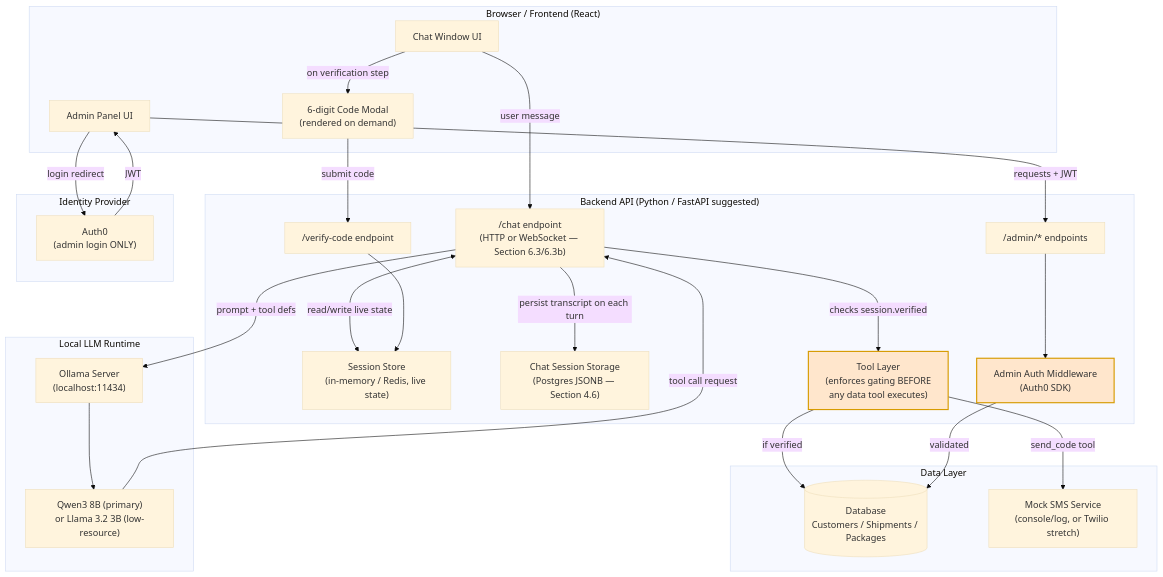
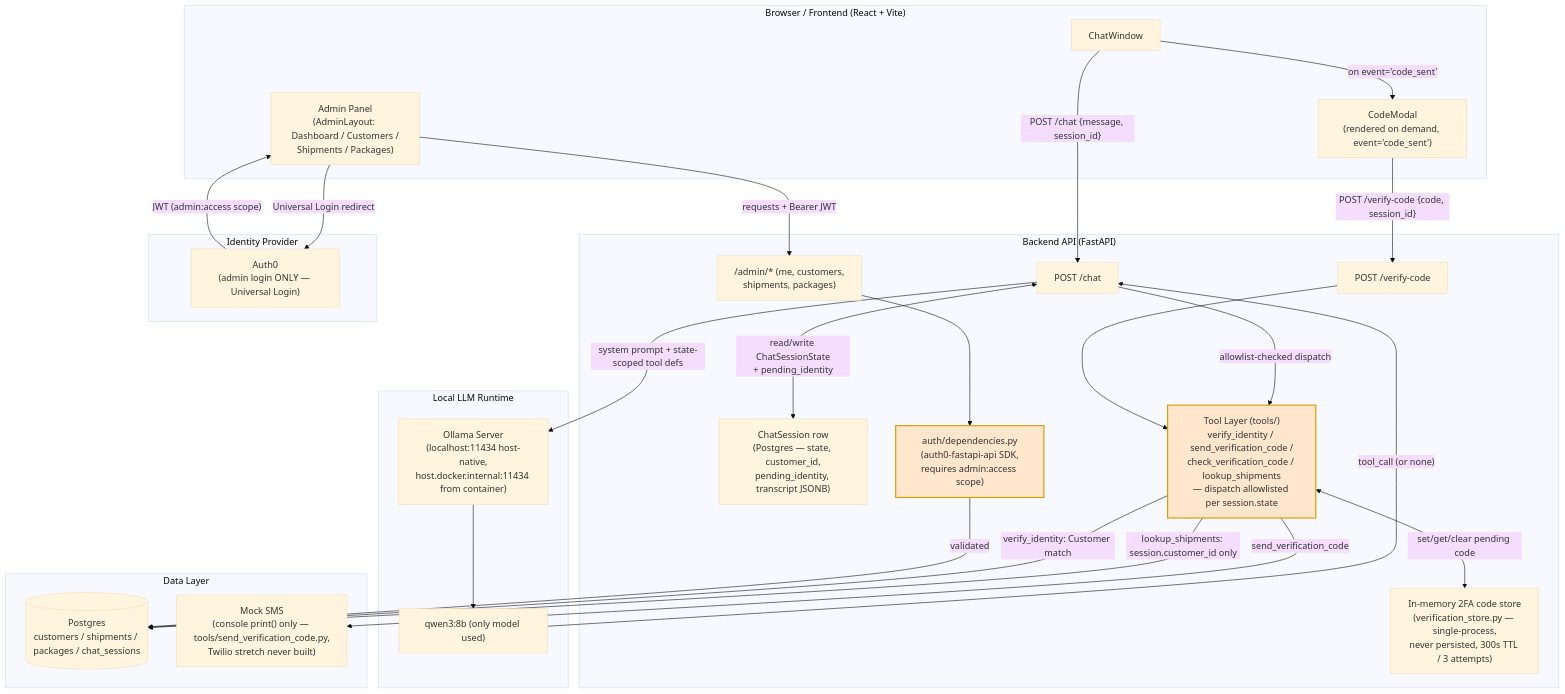
Before and after one commit to ZemaKing/secure-ship-ai: the diagram in docs/diagrams/6.1-system-architecture.md, drawn with Mermaid (base theme). The commit also changed other lines of this file and 7 other files, not shown here.

Commit message:
Regenerate Section 6 diagrams against actual Week 1-4 implementation, fixing drift from the REQUIREMENTS.md starting reference

````diff
--- a/docs/diagrams/6.1-system-architecture.md
+++ b/docs/diagrams/6.1-system-architecture.md
@@ -5,55 +5,55 @@
 ```mermaid
 flowchart TB
-    subgraph Client["Browser / Frontend (React)"]
-        UI[Chat Window UI]
-        Modal["6-digit Code Modal<br/>(rendered on demand)"]
-        AdminUI[Admin Panel UI]
+    subgraph Client["Browser / Frontend (React + Vite)"]
+        UI[ChatWindow]
+        Modal["CodeModal<br/>(rendered on demand, event='code_sent')"]
+        AdminUI["Admin Panel<br/>(AdminLayout: Dashboard / Customers /<br/>Shipments / Packages)"]
     end
 
-    subgraph Backend["Backend API (Python / FastAPI suggested)"]
-        ChatAPI["/chat endpoint<br/>(HTTP or WebSocket — Section 6.3/6.3b)"]
-        VerifyAPI["/verify-code endpoint"]
-        AdminAPI["/admin/* endpoints"]
-        SessionStore["Session Store<br/>(in-memory / Redis, live state)"]
-        ChatDB["Chat Session Storage<br/>(Postgres JSONB — Section 4.6)"]
-        ToolLayer["Tool Layer<br/>(enforces gating BEFORE<br/>any data tool executes)"]
-        AuthMW["Admin Auth Middleware<br/>(Auth0 SDK)"]
+    subgraph Backend["Backend API (FastAPI)"]
+        ChatAPI["POST /chat"]
+        VerifyAPI["POST /verify-code"]
+        AdminAPI["/admin/* (me, customers,<br/>shipments, packages)"]
+        ChatDB["ChatSession row<br/>(Postgres — state, customer_id,<br/>pending_identity, transcript JSONB)"]
+        CodeStore["In-memory 2FA code store<br/>(verification_store.py — single-process,<br/>never persisted, 300s TTL / 3 attempts)"]
+        ToolLayer["Tool Layer (tools/)<br/>verify_identity / send_verification_code /<br/>check_verification_code / lookup_shipments<br/>— dispatch allowlisted per session.state"]
+        AuthMW["auth/dependencies.py<br/>(auth0-fastapi-api SDK,<br/>requires admin:access scope)"]
     end
 
     subgraph LocalLLM["Local LLM Runtime"]
-        Ollama["Ollama Server<br/>(localhost:11434)"]
-        Model["Qwen3 8B (primary)<br/>or Llama 3.2 3B (low-resource)"]
+        Ollama["Ollama Server<br/>(localhost:11434 host-native,<br/>host.docker.internal:11434 from container)"]
+        Model["qwen3:8b (only model used)"]
     end
 
     subgraph DataLayer["Data Layer"]
-        DB[("Database<br/>Customers / Shipments / Packages")]
-        SMSMock["Mock SMS Service<br/>(console/log, or Twilio stretch)"]
+        DB[("Postgres<br/>customers / shipments / packages / chat_sessions")]
+        SMSMock["Mock SMS<br/>(console print() only — tools/send_verification_code.py,<br/>Twilio stretch never built)"]
     end
 
     subgraph IdP["Identity Provider"]
-        Auth0["Auth0<br/>(admin login ONLY)"]
+        Auth0["Auth0<br/>(admin login ONLY — Universal Login)"]
     end
 
-    UI -->|"user message"| ChatAPI
-    ChatAPI -->|"prompt + tool defs"| Ollama
+    UI -->|"POST /chat {message, session_id}"| ChatAPI
+    ChatAPI <-->|"read/write ChatSessionState<br/>+ pending_identity"| ChatDB
+    ChatAPI -->|"system prompt + state-scoped tool defs"| Ollama
     Ollama --> Model
-    Model -->|"tool call request"| ChatAPI
-    ChatAPI -->|"checks session.verified"| ToolLayer
-    ToolLayer -->|"if verified"| DB
-    ToolLayer -->|"send_code tool"| SMSMock
-    ChatAPI <-->|"read/write live state"| SessionStore
-    ChatAPI -->|"persist transcript on each turn"| ChatDB
-    UI -->|"on verification step"| Modal
-    Modal -->|"submit code"| VerifyAPI
-    VerifyAPI --> SessionStore
+    Model -->|"tool_call (or none)"| ChatAPI
+    ChatAPI -->|"allowlist-checked dispatch"| ToolLayer
+    ToolLayer -->|"lookup_shipments: session.customer_id only"| DB
+    ToolLayer -->|"verify_identity: Customer match"| DB
+    ToolLayer -->|"send_verification_code"| SMSMock
+    ToolLayer <-->|"set/get/clear pending code"| CodeStore
+    UI -->|"on event='code_sent'"| Modal
+    Modal -->|"POST /verify-code {code, session_id}"| VerifyAPI
+    VerifyAPI --> ToolLayer
 
-    AdminUI -->|"login redirect"| Auth0
-    Auth0 -->|"JWT"| AdminUI
-
-    AdminUI -->|"requests + JWT"| AdminAPI
+    AdminUI -->|"Universal Login redirect"| Auth0
+    Auth0 -->|"JWT (admin:access scope)"| AdminUI
+    AdminUI -->|"requests + Bearer JWT"| AdminAPI
     AdminAPI --> AuthMW
     AuthMW -->|"validated"| DB
 
     style ToolLayer fill:#ffe6cc,stroke:#d79b00,stroke-width:2px
     style AuthMW fill:#ffe6cc,stroke:#d79b00,stroke-width:2px
 ```
````
